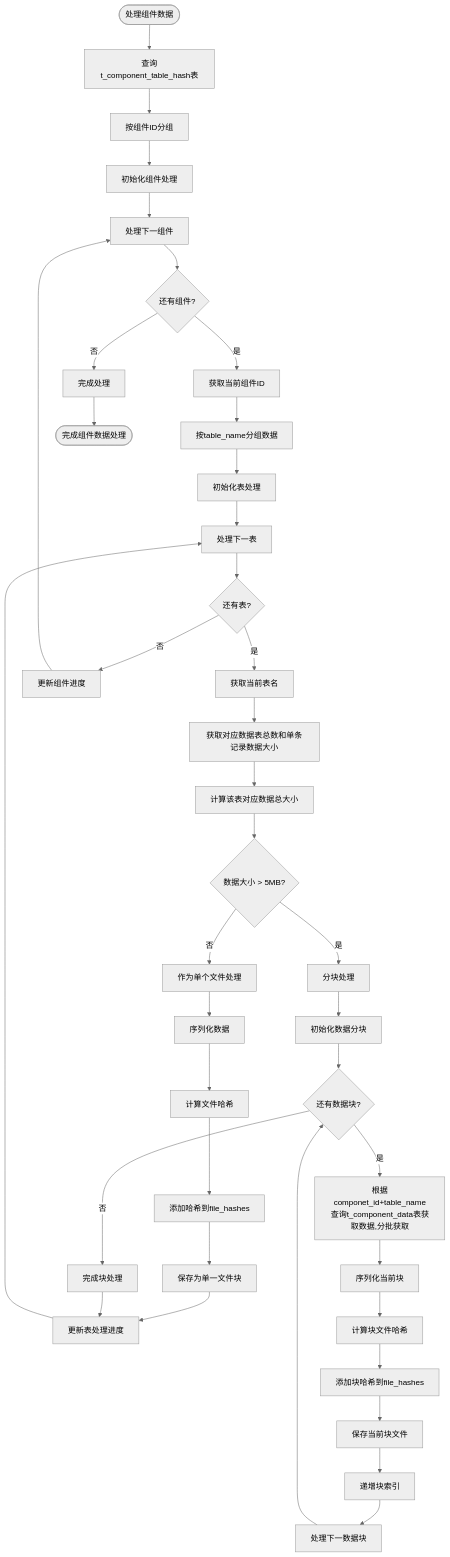
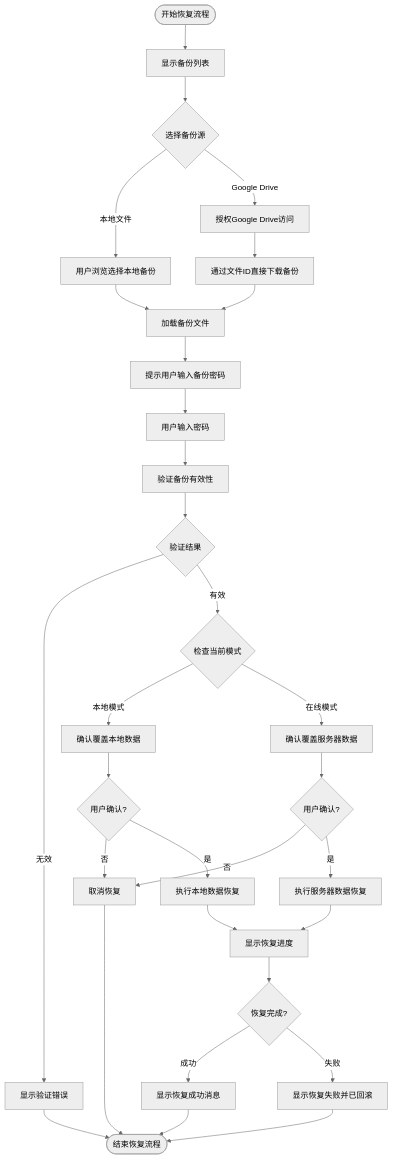
Before and after one commit to yingjianzh/iodraw-files: the diagram in all/未命名-60.md, drawn with Mermaid (neutral theme).

Commit message:
2025-05-15 15:08:04 update

````diff
--- a/all/未命名-60.md
+++ b/all/未命名-60.md
@@ -1,58 +1,46 @@
 ```mermaid
 
 flowchart TD
-    Start([处理组件数据]) --> QueryDB[查询t_component_table_hash表]
-    QueryDB --> GroupByComp[按组件ID分组]
-    GroupByComp --> InitCompProcess[初始化组件处理]
+    Start([开始恢复流程]) --> ShowRestoreDialog[显示备份列表]
+    ShowRestoreDialog --> SelectSource{选择备份源}
     
-    InitCompProcess --> ProcessNextComp[处理下一组件]
-    ProcessNextComp --> MoreComps{还有组件?}
-    MoreComps -->|否| CompleteProcess[完成处理]
-    MoreComps -->|是| GetCompID[获取当前组件ID]
+    SelectSource -->|本地文件| BrowseLocalFile[用户浏览选择本地备份]
+    SelectSource -->|Google Drive| AuthGDrive[授权Google Drive访问]
     
-    GetCompID --> GroupByTable[按table_name分组数据]
-    GroupByTable --> InitTableProcess[初始化表处理]
+    BrowseLocalFile --> LoadBackupFile[加载备份文件]
     
-    InitTableProcess --> ProcessNextTable[处理下一表]
-    ProcessNextTable --> MoreTables{还有表?}
-
-
-    MoreTables -->|是| GetTableName[获取当前表名]
-    MoreTables -->|否| UpdateCompProgress[更新组件进度]
+    AuthGDrive --> DownloadGDriveBackup[通过文件ID直接下载备份]
+    DownloadGDriveBackup --> LoadBackupFile
     
-    UpdateCompProgress --> ProcessNextComp
+    LoadBackupFile --> PromptPassword[提示用户输入备份密码]
+    PromptPassword --> UserEntersPassword[用户输入密码]
+    UserEntersPassword --> ValidateBackup[验证备份有效性]
     
-    GetTableName --> CheckDataSize[获取对应数据表总数和单条记录数据大小]
-    CheckDataSize --> TotalSize[计算该表对应数据总大小]
-
-    TotalSize --> DataSize{数据大小 > 5MB?}
-   
-    DataSize -->|否| ProcessSingleFile[作为单个文件处理]
-    DataSize -->|是| ProcessMultipleChunks[分块处理]
-
-    ProcessMultipleChunks --> InitChunks[初始化数据分块]
-    InitChunks --> MoreChunks{还有数据块?}
-    MoreChunks -->|是| QueryTableData[根据componet_id+table_name查询t_component_data表获取数据,分批获取]
-    MoreChunks -->|否| CompleteChunks[完成块处理]
+    ValidateBackup --> ValidationResult{验证结果}
+    ValidationResult -->|无效| ShowValidationError[显示验证错误]
+    ValidationResult -->|有效| CheckCurrentMode{检查当前模式}
     
-    ProcessSingleFile --> SerializeData[序列化数据]
-    SerializeData --> CalcFileHash[计算文件哈希]
-    CalcFileHash --> AddToFileHashes[添加哈希到file_hashes]
-    AddToFileHashes --> SaveSingleFile[保存为单一文件块]
-    SaveSingleFile --> UpdateTableProgress[更新表处理进度]
+    CheckCurrentMode -->|本地模式| ConfirmLocalRestore[确认覆盖本地数据]
+    CheckCurrentMode -->|在线模式| ConfirmServerRestore[确认覆盖服务器数据]
     
+    ConfirmLocalRestore --> UserConfirm1{用户确认?}
+    UserConfirm1 -->|否| CancelRestore[取消恢复]
+    UserConfirm1 -->|是| ExecuteLocalRestore[执行本地数据恢复]
     
-    QueryTableData --> SerializeChunk[序列化当前块]
-    SerializeChunk --> CalcChunkHash[计算块文件哈希]
-    CalcChunkHash --> AddChunkHash[添加块哈希到file_hashes]
-    AddChunkHash --> SaveCurrentData[保存当前块文件]
-    SaveCurrentData --> IncrementChunkIndex[递增块索引]
-    IncrementChunkIndex --> ProcessNextChunk[处理下一数据块]
-    ProcessNextChunk --> MoreChunks
+    ConfirmServerRestore --> UserConfirm2{用户确认?}
+    UserConfirm2 -->|否| CancelRestore
+    UserConfirm2 -->|是| ExecuteServerRestore[执行服务器数据恢复]
     
-    CompleteChunks --> UpdateTableProgress
-    UpdateTableProgress --> ProcessNextTable
+    ExecuteLocalRestore --> ShowProgress[显示恢复进度]
+    ExecuteServerRestore --> ShowProgress
     
-    CompleteProcess --> End([完成组件数据处理])
+    ShowProgress --> RestoreComplete{恢复完成?}
+    RestoreComplete -->|成功| ShowSuccess[显示恢复成功消息]
+    RestoreComplete -->|失败| ShowFailure[显示恢复失败并已回滚]
+    
+    ShowSuccess --> End([结束恢复流程])
+    ShowFailure --> End
+    ShowValidationError --> End
+    CancelRestore --> End
 
 ```
````
